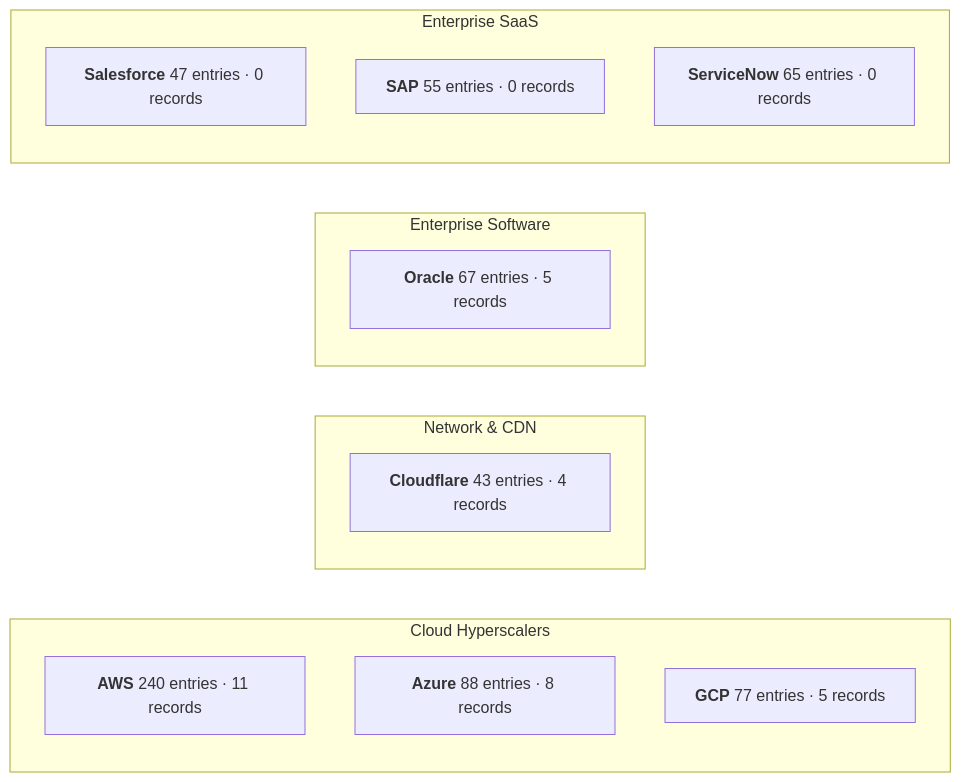
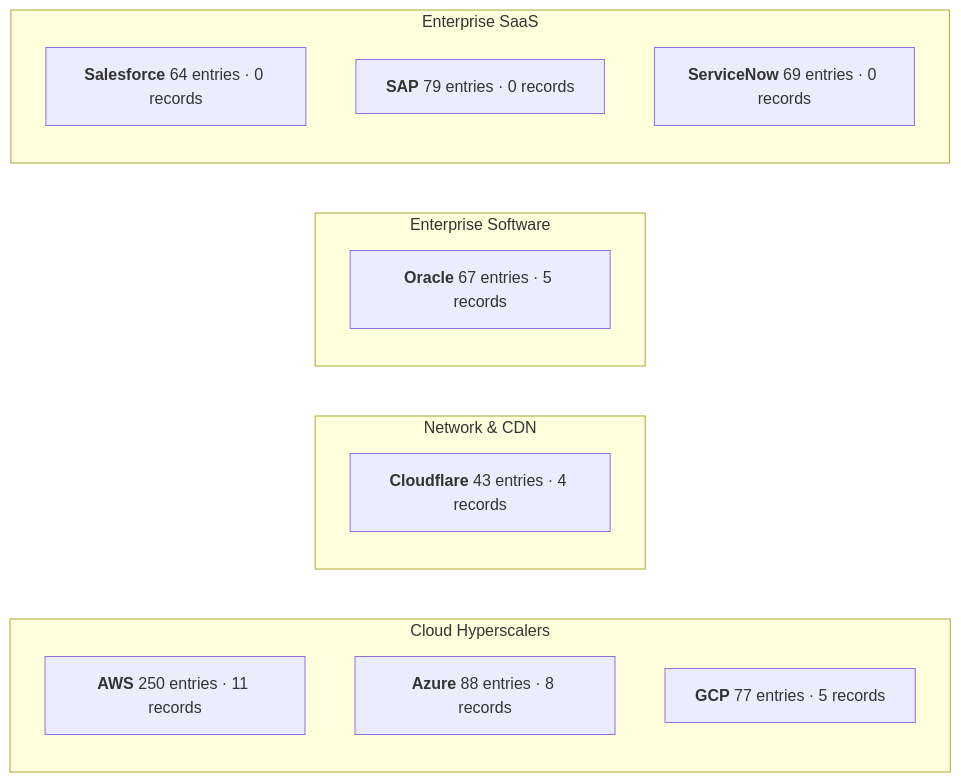
Before and after one commit to Vulnetix/ietf-crit-spec: the first of 8 diagrams in tests/reports/crit-test-report.md, drawn with Mermaid. The commit also changed other lines of this file and 359 other files, not shown here.

````diff
--- a/tests/reports/crit-test-report.md
+++ b/tests/reports/crit-test-report.md
@@ -38,19 +38,19 @@
 ```mermaid
 graph LR
     subgraph "Cloud Hyperscalers"
-        aws["<b>AWS</b> 240 entries · 11 records"]
+        aws["<b>AWS</b> 250 entries · 11 records"]
         azure["<b>Azure</b> 88 entries · 8 records"]
         gcp["<b>GCP</b> 77 entries · 5 records"]
     end
     subgraph "Network & CDN"
         cloudflare["<b>Cloudflare</b> 43 entries · 4 records"]
     end
     subgraph "Enterprise Software"
         oracle["<b>Oracle</b> 67 entries · 5 records"]
     end
     subgraph "Enterprise SaaS"
-        salesforce["<b>Salesforce</b> 47 entries · 0 records"]
-        sap["<b>SAP</b> 55 entries · 0 records"]
-        servicenow["<b>ServiceNow</b> 65 entries · 0 records"]
+        salesforce["<b>Salesforce</b> 64 entries · 0 records"]
+        sap["<b>SAP</b> 79 entries · 0 records"]
+        servicenow["<b>ServiceNow</b> 69 entries · 0 records"]
     end
 ```
````
